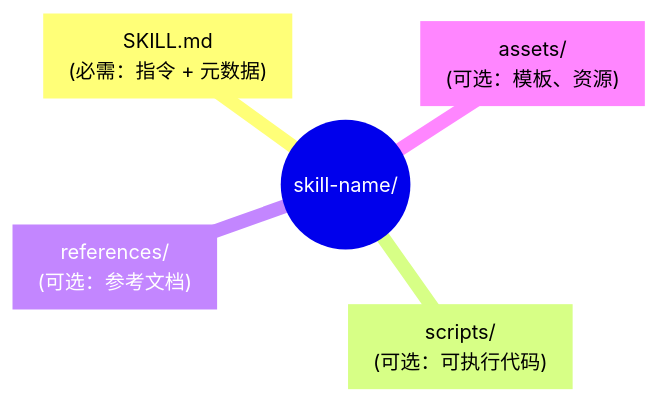
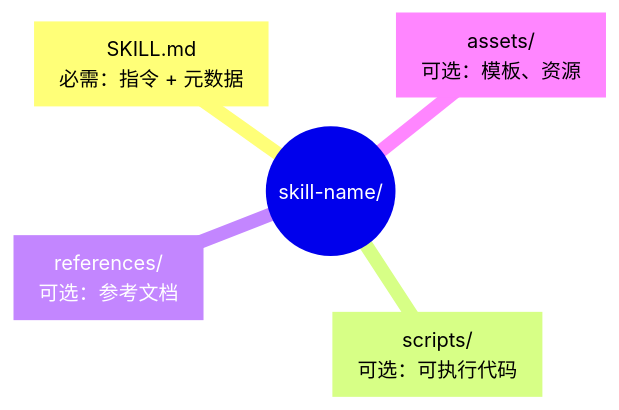
The second of 3 diagrams in 04_tools/4.4_skills.md (yeasy/agentic_ai_guide), drawn with Mermaid before and after one commit. The commit also changed other lines of this file and 88 other files, not shown here.

````diff
--- a/04_tools/4.4_skills.md
+++ b/04_tools/4.4_skills.md
@@ -66,8 +66,8 @@
 ```mermaid
 mindmap
     root((skill-name/))
-        SKILL.md["SKILL.md<br>(必需：指令 + 元数据)"]
-        scripts/["scripts/<br>(可选：可执行代码)"]
-        references/["references/<br>(可选：参考文档)"]
-        assets/["assets/<br>(可选：模板、资源)"]
+        SKILL.md["SKILL.md<br>必需：指令 + 元数据"]
+        scripts/["scripts/<br>可选：可执行代码"]
+        references/["references/<br>可选：参考文档"]
+        assets/["assets/<br>可选：模板、资源"]
 ```
````
